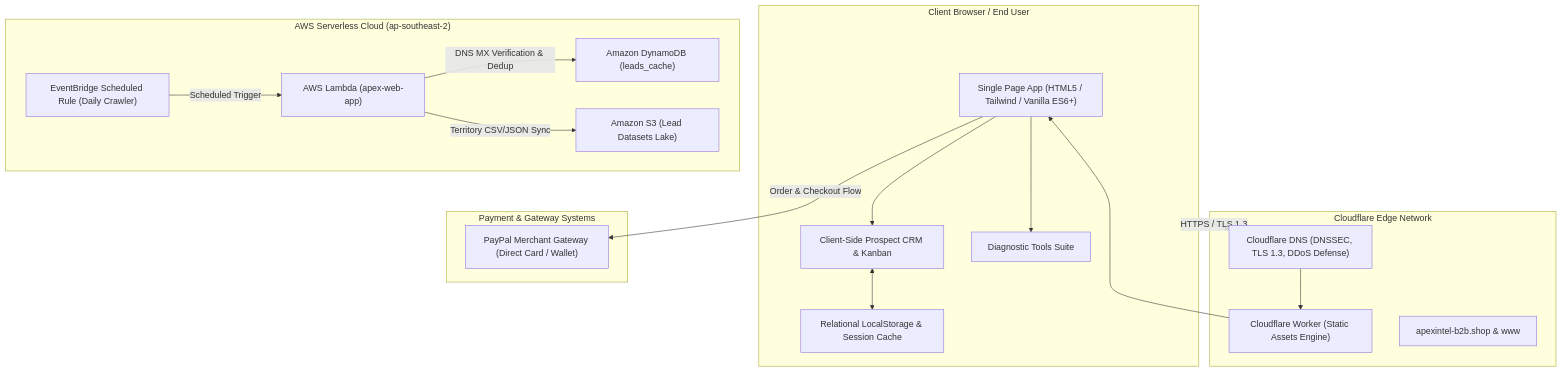
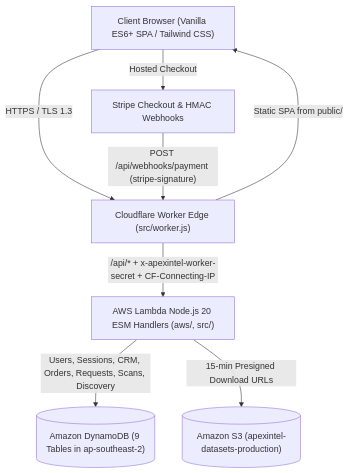
The diagram in docs/ARCHITECTURE.md (Aikun100/apexintel-b2b), drawn with Mermaid before and after one commit. The commit also changed other lines of this file and 84 other files, not shown here.

Commit message:
feat: complete ApexIntel transformation — scoring engine, backend parity, workspace tabs, forgot-password flow, admin overview, campaigns, catalog enrichment, design tokens, SVG cleanup, Lambda packaging; remove 40 obsolete docs; add CONTEXT.md fast-reference; 192/192 tests passing

````diff
--- a/docs/ARCHITECTURE.md
+++ b/docs/ARCHITECTURE.md
@@ -12,37 +9,17 @@
 ```mermaid
-graph TD
-    subgraph Client["Client Browser / End User"]
-        SPA["Single Page App (HTML5 / Tailwind / Vanilla ES6+)"]
-        CRM["Client-Side Prospect CRM & Kanban"]
-        Tools["Diagnostic Tools Suite"]
-        Storage["Relational LocalStorage & Session Cache"]
-    end
+flowchart TD
+    Client["Client Browser (Vanilla ES6+ SPA / Tailwind CSS)"]
+    CF["Cloudflare Worker Edge (src/worker.js)"]
+    Lambda["AWS Lambda Node.js 20 ESM Handlers (aws/, src/)"]
+    DDB[("Amazon DynamoDB (9 Tables in ap-southeast-2)")]
+    S3[("Amazon S3 (apexintel-datasets-production)")]
+    Stripe["Stripe Checkout & HMAC Webhooks"]
 
-    subgraph Edge["Cloudflare Edge Network"]
-        CF_Worker["Cloudflare Worker (Static Assets Engine)"]
-        CF_DNS["Cloudflare DNS (DNSSEC, TLS 1.3, DDoS Defense)"]
-        CustomDomain["apexintel-b2b.shop & www"]
-    end
-
-    subgraph AWS["AWS Serverless Cloud (ap-southeast-2)"]
-        Cron["EventBridge Scheduled Rule (Daily Crawler)"]
-        Lambda["AWS Lambda (apex-web-app)"]
-        Dynamo["Amazon DynamoDB (leads_cache)"]
-        S3["Amazon S3 (Lead Datasets Lake)"]
-    end
-
-    subgraph Payments["Payment & Gateway Systems"]
-        PayPal["PayPal Merchant Gateway (Direct Card / Wallet)"]
-    end
-
-    Client -->|HTTPS / TLS 1.3| CF_DNS
-    CF_DNS --> CF_Worker
-    CF_Worker --> SPA
-    SPA --> Tools
-    SPA --> CRM
-    CRM <--> Storage
-    SPA -->|Order & Checkout Flow| PayPal
-    Cron -->|Scheduled Trigger| Lambda
-    Lambda -->|DNS MX Verification & Dedup| Dynamo
-    Lambda -->|Territory CSV/JSON Sync| S3
+    Client -->|"HTTPS / TLS 1.3"| CF
+    CF -->|"Static SPA from public/"| Client
+    CF -->|"/api/* + x-apexintel-worker-secret + CF-Connecting-IP"| Lambda
+    Lambda -->|"Users, Sessions, CRM, Orders, Requests, Scans, Discovery"| DDB
+    Lambda -->|"15-min Presigned Download URLs"| S3
+    Client -->|"Hosted Checkout"| Stripe
+    Stripe -->|"POST /api/webhooks/payment (stripe-signature)"| CF
 ```
````
